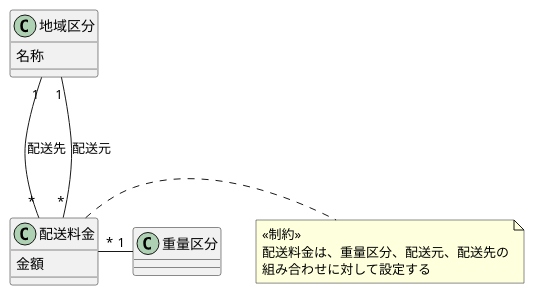
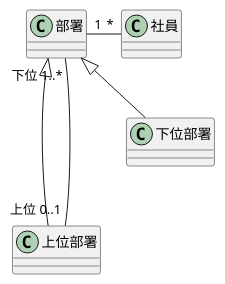
One commit to yinm/uml-modeling-lesson changed the diagram in ch09/sample.puml. Above: the diagram before and after it, drawn with PlantUML.

Commit message:
Add lesson34

```diff
--- a/ch09/sample.puml
+++ b/ch09/sample.puml
@@ -1,19 +1,21 @@
 @startuml
 
-class 地域区分 {
-  名称
+class 部署 {
 }
 
-class 重量区分 {
+class 社員 {
 }
 
-class 配送料金 {
-  金額
+class 上位部署 {
 }
-note right : <<制約>>\n配送料金は、重量区分、配送元、配送先の\n組み合わせに対して設定する
 
-地域区分 "1"---"*" 配送料金 : 配送先
-地域区分 "1"---"*" 配送料金 : 配送元
-重量区分 "1"-l-"*" 配送料金
+class 下位部署 {
+}
+
+部署 <|-- 上位部署
+部署 <|-- 下位部署
+
+部署 "下位 1..*"---"上位 0..1" 上位部署
+部署 "1"-r-"*" 社員
 
 @enduml
```
